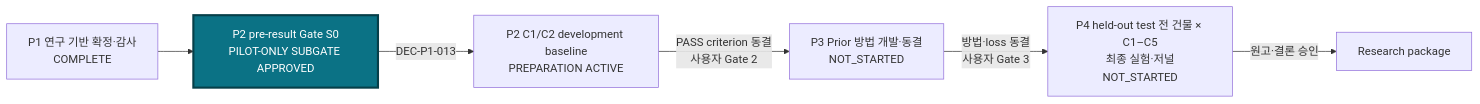
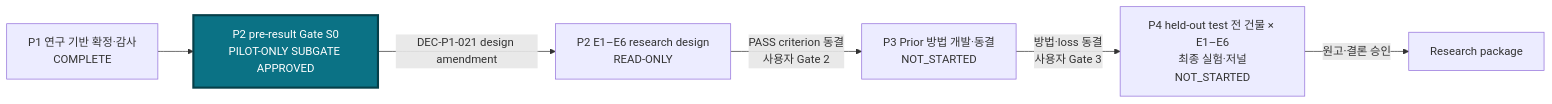
Before and after one commit to hwiyoung/JointBuildGS: the first of 3 diagrams in docs/research/01_MASTER_ROADMAP.md, drawn with Mermaid. The commit also changed other lines of this file and 8 other files, not shown here.

Commit message:
P2-E1-E6-CONTRACT-AMENDMENT-DEC-P1-021-024: adopt E1-E6 six-condition research contracts (E2 product baseline, auto O/X boundary)

````diff
--- a/docs/research/01_MASTER_ROADMAP.md
+++ b/docs/research/01_MASTER_ROADMAP.md
@@ -40,10 +40,10 @@
 ```mermaid
 flowchart LR
     P1["P1 연구 기반 확정·감사<br/>COMPLETE"] --> S0["P2 pre-result Gate S0<br/>PILOT-ONLY SUBGATE APPROVED"]
-    S0 -->|DEC-P1-013| P2["P2 C1/C2 development baseline<br/>PREPARATION ACTIVE"]
+    S0 -->|DEC-P1-021 design amendment| P2["P2 E1–E6 research design<br/>READ-ONLY"]
     P2 -->|PASS criterion 동결<br/>사용자 Gate 2| P3["P3 Prior 방법 개발·동결<br/>NOT_STARTED"]
-    P3 -->|방법·loss 동결<br/>사용자 Gate 3| P4["P4 held-out test 전 건물 × C1–C5<br/>최종 실험·저널<br/>NOT_STARTED"]
+    P3 -->|방법·loss 동결<br/>사용자 Gate 3| P4["P4 held-out test 전 건물 × E1–E6<br/>최종 실험·저널<br/>NOT_STARTED"]
     P4 -->|원고·결론 승인| END["Research package"]
     classDef active fill:#0b7285,color:#fff,stroke:#063f49,stroke-width:3px;
     class S0 active;
 ```
````
